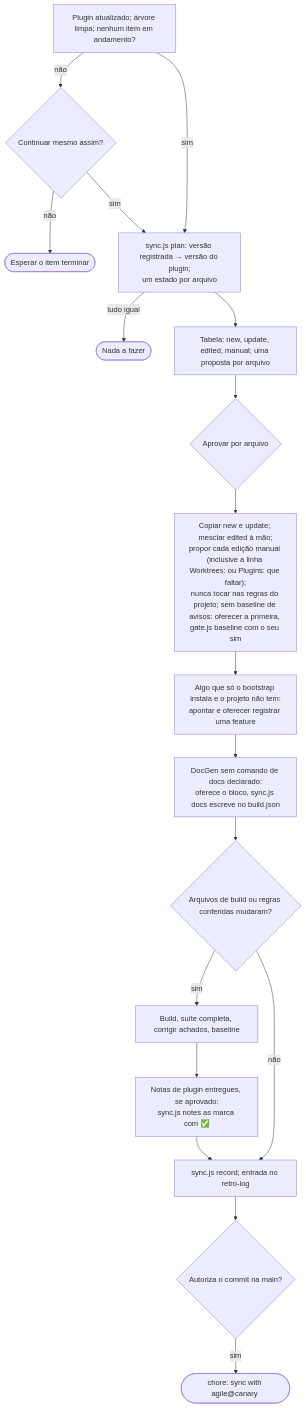
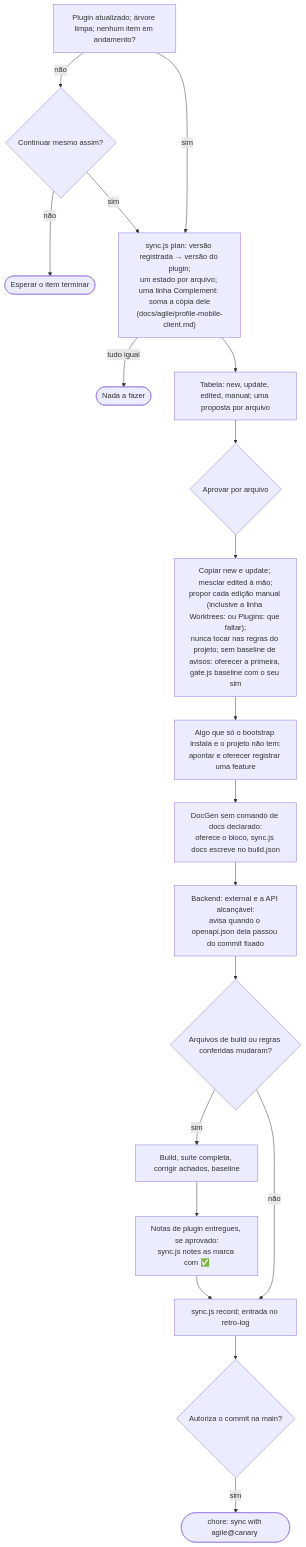
Before and after one commit to alexcanario/simulab: diagram 16 of 20 in docs/agile/workflow.pt-BR.md, drawn with Mermaid. The commit also changed other lines of this file and 17 other files, not shown here.

Commit message:
chore: sync with agile@canary 0.0.97

````diff
--- a/docs/agile/workflow.pt-BR.md
+++ b/docs/agile/workflow.pt-BR.md
@@ -1651,20 +2223,21 @@
 ```mermaid
 flowchart TD
     A["Plugin atualizado; árvore limpa; nenhum item em andamento?"] -->|não| A1{"Continuar mesmo assim?"}
     A1 -->|não| A2(["Esperar o item terminar"])
-    A -->|sim| B["sync.js plan: versão registrada → versão do plugin;<br/>um estado por arquivo"]
+    A -->|sim| B["sync.js plan: versão registrada → versão do plugin;<br/>um estado por arquivo; uma linha Complement: soma a cópia dele<br/>(docs/agile/profile-mobile-client.md)"]
     A1 -->|sim| B
     B -->|tudo igual| B1(["Nada a fazer"])
     B --> C["Tabela: new, update, edited, manual; uma proposta por arquivo"]
     C --> D{"Aprovar por arquivo"}
     D --> E["Copiar new e update; mesclar edited à mão;<br/>propor cada edição manual (inclusive a linha Worktrees: ou Plugins: que faltar);<br/>nunca tocar nas regras do projeto; sem baseline de avisos: oferecer a primeira, gate.js baseline com o seu sim"]
     E --> E2["Algo que só o bootstrap instala e o projeto não tem:<br/>apontar e oferecer registrar uma feature"]
     E2 --> E3["DocGen sem comando de docs declarado:<br/>oferece o bloco, sync.js docs escreve no build.json"]
-    E3 --> F{"Arquivos de build ou regras conferidas mudaram?"}
+    E3 --> E4["Backend: external e a API alcançável:<br/>avisa quando o openapi.json dela passou do commit fixado"]
+    E4 --> F{"Arquivos de build ou regras conferidas mudaram?"}
     F -->|sim| G["Build, suíte completa, corrigir achados, baseline"]
     F -->|não| H
     G --> G2["Notas de plugin entregues, se aprovado:<br/>sync.js notes as marca com ✅"]
     G2 --> H["sync.js record; entrada no retro-log"]
     H --> I{"Autoriza o commit na main?"}
     I -->|sim| J(["chore: sync with agile@canary <versão>"])
 ```
````
